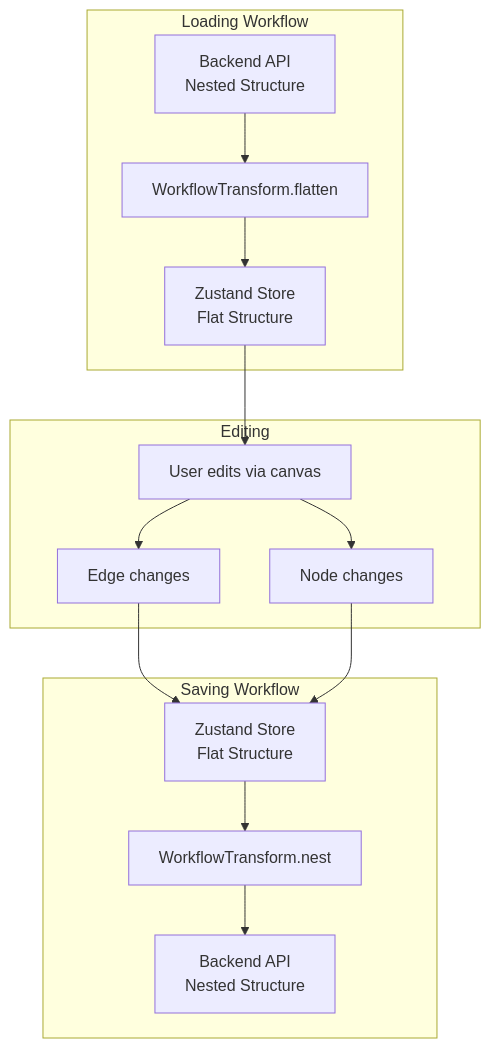
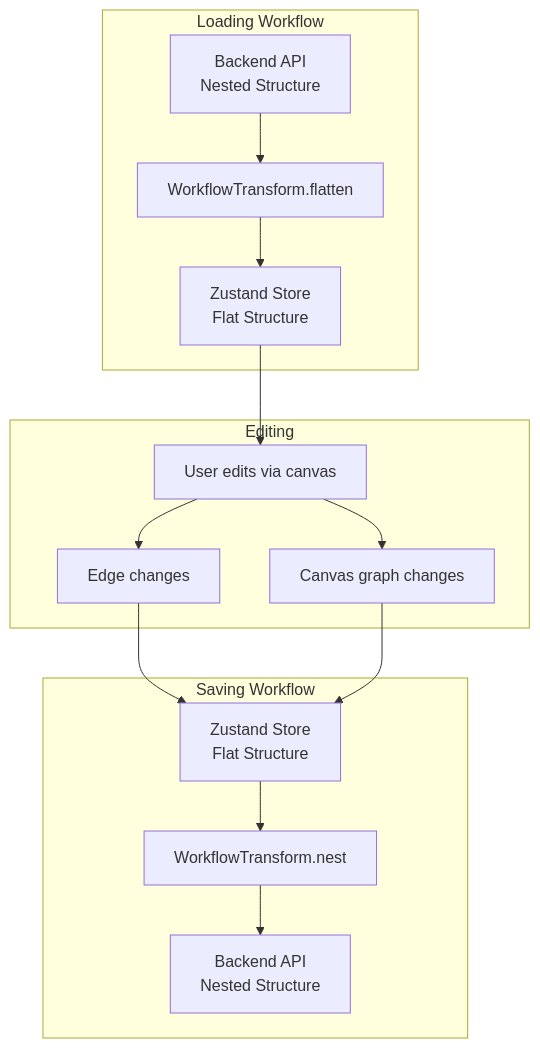
Before and after one commit to alinabuzachis/syntara: the fifth of 10 diagrams in docs/data-flow.md, drawn with Mermaid. The commit also changed other lines of this file and 95 other files, not shown here.

````diff
--- a/docs/data-flow.md
+++ b/docs/data-flow.md
@@ -353,33 +353,33 @@
 ```mermaid
 flowchart TB
     subgraph Load["Loading Workflow"]
         API1[Backend API<br/>Nested Structure]
         Flat1[WorkflowTransform.flatten]
         Store1[Zustand Store<br/>Flat Structure]
 
         API1 --> Flat1
         Flat1 --> Store1
     end
 
     subgraph Edit["Editing"]
         Store2[User edits via canvas]
         Edge[Edge changes]
-        Node[Node changes]
+        Graph[Canvas graph changes]
 
         Store2 --> Edge
-        Store2 --> Node
+        Store2 --> Graph
     end
 
     subgraph Save["Saving Workflow"]
         Store3[Zustand Store<br/>Flat Structure]
         Nest[WorkflowTransform.nest]
         API2[Backend API<br/>Nested Structure]
 
         Store3 --> Nest
         Nest --> API2
     end
 
     Store1 --> Store2
     Edge --> Store3
-    Node --> Store3
+    Graph --> Store3
 ```
````
